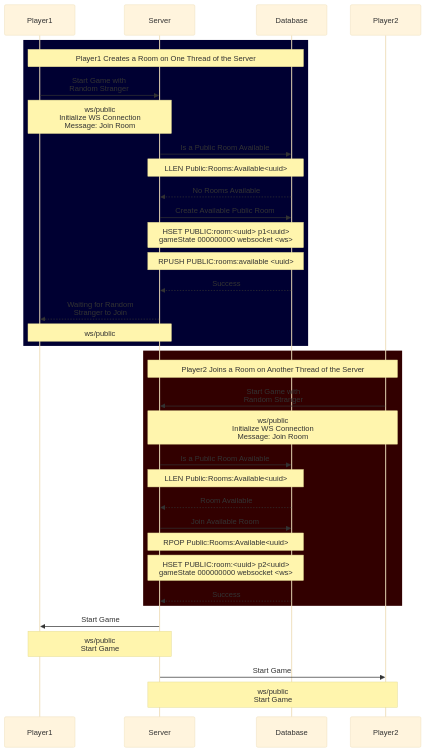
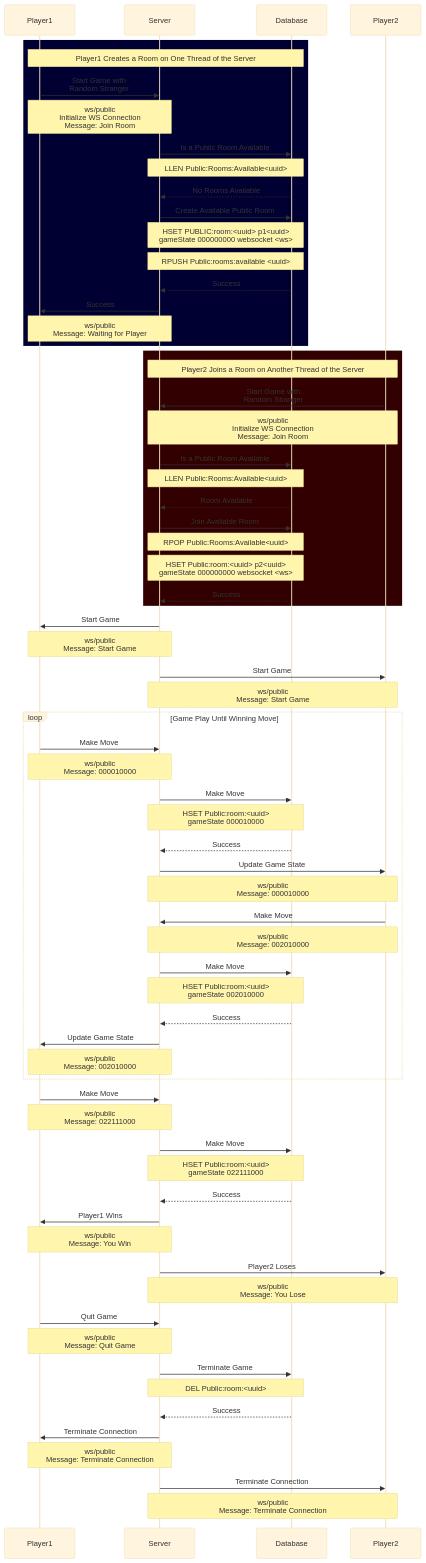
The second of 2 diagrams in README.md (danzziy/Tic-Tac-GO), drawn with Mermaid (base theme) before and after one commit. The commit also changed other lines of this file, not shown here.

Commit message:
Document the gameplay

````diff
--- a/README.md
+++ b/README.md
@@ -75,11 +75,11 @@
 
     Server->>Database: Create Available Public Room
     Note over Server, Database: HSET PUBLIC:room:<uuid> p1<uuid> <br> gameState 000000000 websocket <ws>
-    Note over Server, Database: RPUSH PUBLIC:rooms:available <uuid>
+    Note over Server, Database: RPUSH Public:rooms:available <uuid>
     Database-->>Server: Success
 
-    Server-->>Player1: Waiting for Random <br> Stranger to Join
-    Note over Player1, Server: ws/public
+    Server->>Player1: Success
+    Note over Player1, Server: ws/public <br> Message: Waiting for Player
     end
 
     rect rgb(50, 0, 0) 
@@ -94,12 +94,50 @@
 
     Server->>Database: Join Available Room
     Note over Server, Database: RPOP Public:Rooms:Available<uuid>
-    Note over Server, Database: HSET PUBLIC:room:<uuid> p2<uuid> <br> gameState 000000000 websocket <ws>
+    Note over Server, Database: HSET Public:room:<uuid> p2<uuid> <br> gameState 000000000 websocket <ws>
     Database-->>Server: Success
     end
     
     Server->>Player1: Start Game
-    Note over Player1, Server: ws/public <br> Start Game
+    Note over Player1, Server: ws/public <br> Message: Start Game
     Server->>Player2: Start Game
-    Note over Player2, Server: ws/public <br> Start Game
+    Note over Player2, Server: ws/public <br> Message: Start Game
+
+    loop Game Play Until Winning Move
+    Player1->>Server: Make Move
+    Note over Player1, Server: ws/public <br> Message: 000010000
+    Server->>Database: Make Move
+    Note over Server, Database: HSET Public:room:<uuid> <br> gameState 000010000
+    Database-->>Server: Success
+    Server->>Player2: Update Game State
+    Note over Server, Player2: ws/public <br> Message: 000010000
+
+    Player2->>Server: Make Move
+    Note over Player2, Server: ws/public <br> Message: 002010000
+    Server->>Database: Make Move
+    Note over Server, Database: HSET Public:room:<uuid> <br> gameState 002010000
+    Database-->>Server: Success
+    Server->>Player1: Update Game State
+    Note over Server, Player1: ws/public <br> Message: 002010000
+    end
+
+    Player1->>Server: Make Move
+    Note over Player1, Server: ws/public <br> Message: 022111000
+    Server->>Database: Make Move
+    Note over Server, Database: HSET Public:room:<uuid> <br> gameState 022111000
+    Database-->>Server: Success
+    Server->>Player1: Player1 Wins
+    Note over Player1, Server: ws/public <br> Message: You Win
+    Server->>Player2: Player2 Loses
+    Note over Player2, Server: ws/public <br> Message: You Lose
+
+    Player1->>Server: Quit Game
+    Note over Player1, Server: ws/public <br> Message: Quit Game
+    Server->>Database: Terminate Game
+    Note over Server, Database: DEL Public:room:<uuid>
+    Database-->>Server: Success
+    Server->>Player1: Terminate Connection
+    Note over Server, Player1: ws/public <br> Message: Terminate Connection 
+    Server->>Player2: Terminate Connection
+    Note over Server, Player2: ws/public <br> Message: Terminate Connection 
 ```
````
